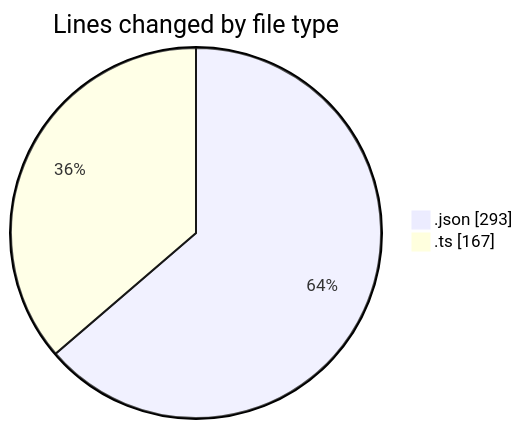
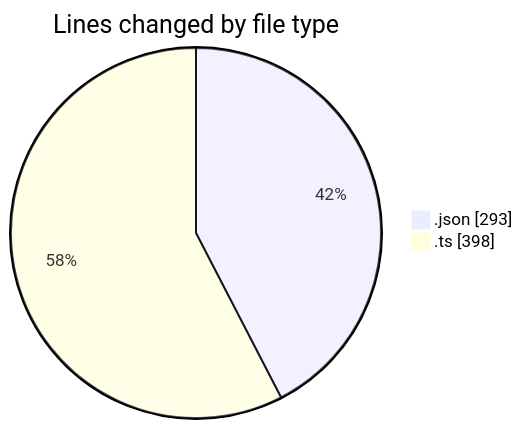
The first of 2 diagrams in 2025-07-11/macrowhisper/README.md (EIIisD/code-tracking), drawn with Mermaid before and after one commit. The commit also changed other lines of this file and 1 other file, not shown here.

````diff
--- a/2025-07-11/macrowhisper/README.md
+++ b/2025-07-11/macrowhisper/README.md
@@ -22,6 +23,6 @@
 ```mermaid
 pie showData
 title Lines changed by file type
 ".json" : 293
-".ts" : 167
+".ts" : 398
 ```
````
